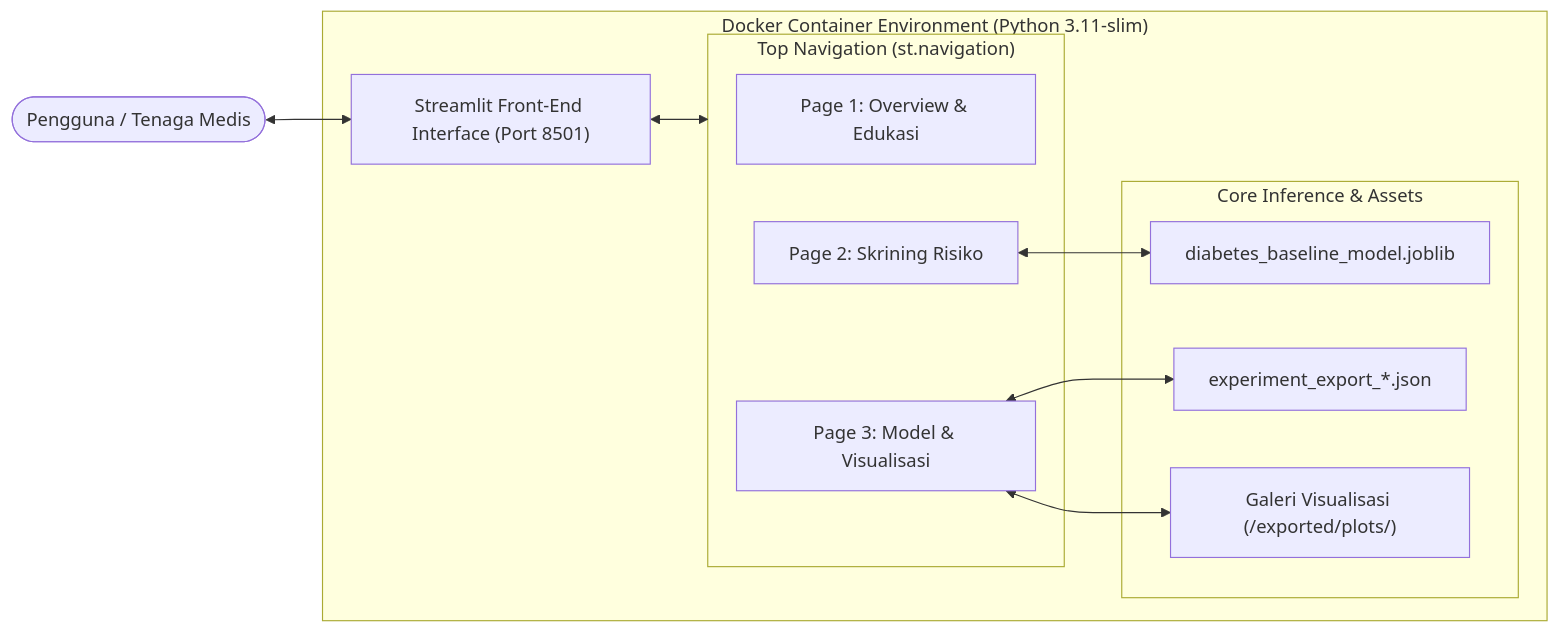
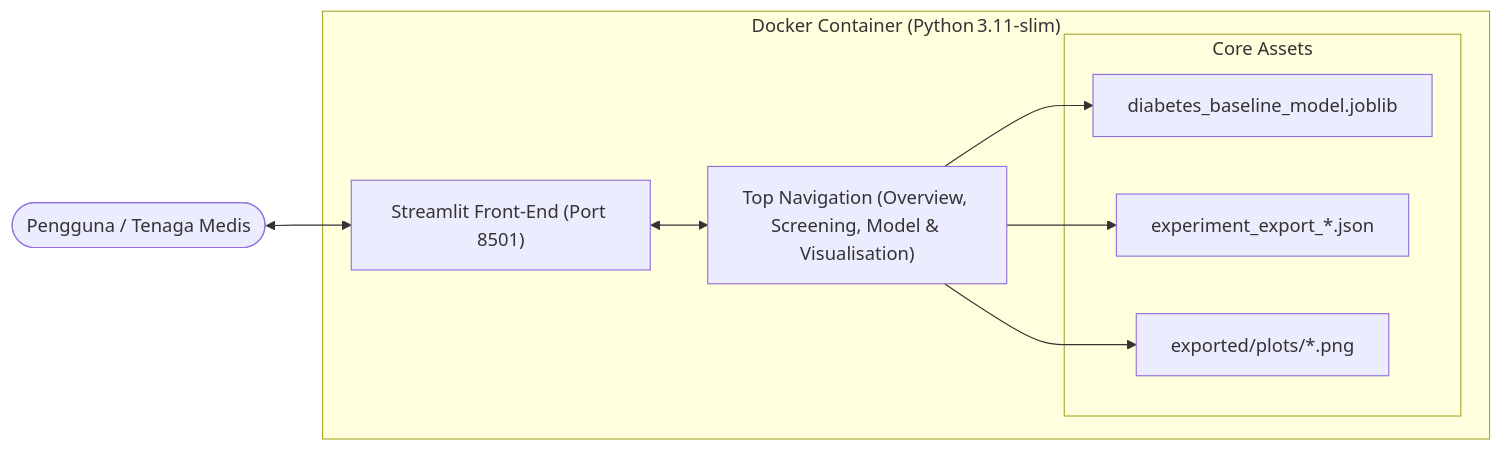
One commit to faarizzqi/TA-diabetes-prediction-and-explanation changed the second of 2 diagrams in README.md. Above: the diagram before and after it, drawn with Mermaid. The commit also changed other lines of this file, not shown here.

````diff
--- a/README.md
+++ b/README.md
@@ -65,20 +66,16 @@
 ```mermaid
 flowchart LR
-    User(["Pengguna / Tenaga Medis"]) <--> UI["Streamlit Front-End Interface (Port 8501)"]
-    
-    subgraph DockerContainer ["Docker Container Environment (Python 3.11-slim)"]
-        subgraph Nav ["Top Navigation (st.navigation)"]
-            P1["Page 1: Overview & Edukasi"]
-            P2["Page 2: Skrining Risiko"]
-            P3["Page 3: Model & Visualisasi"]
-        end
-        
+    User(["Pengguna / Tenaga Medis"]) <--> UI["Streamlit Front‑End (Port 8501)"]
+    subgraph DockerContainer ["Docker Container (Python 3.11‑slim)"]
+        Nav["Top Navigation (Overview, Screening, Model & Visualisation)"]
         UI <--> Nav
-        
-        subgraph CoreEngine ["Core Inference & Assets"]
-            P2 <--> Model["diabetes_baseline_model.joblib"]
-            P3 <--> JSON["experiment_export_*.json"]
-            P3 <--> Plots["Galeri Visualisasi (/exported/plots/)"]
+        subgraph CoreEngine ["Core Assets"]
+            Model["diabetes_baseline_model.joblib"]
+            JSON["experiment_export_*.json"]
+            Plots["exported/plots/*.png"]
         end
     end
+    Nav --> Model
+    Nav --> JSON
+    Nav --> Plots
 ```
````
